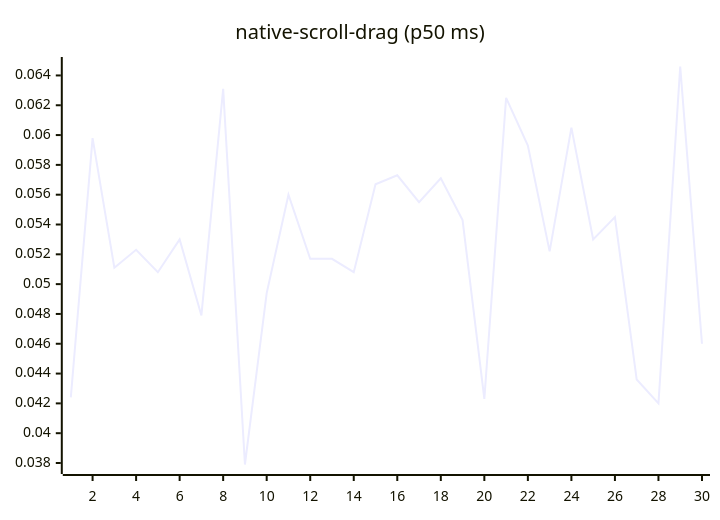
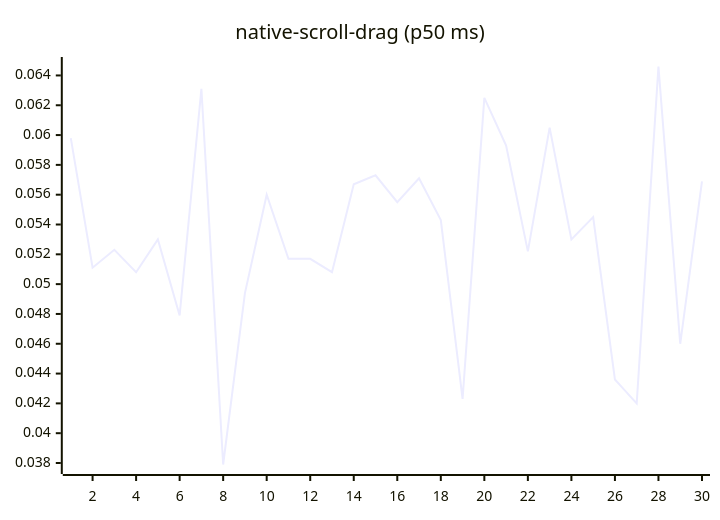
One commit to josha/Facet changed diagram 14 of 27 in README.md. Above: the diagram before and after it, drawn with Mermaid. The commit also changed other lines of this file and 2 other files, not shown here.

````diff
--- a/README.md
+++ b/README.md
@@ -154,6 +154,6 @@
 ```mermaid
 xychart-beta
     title "native-scroll-drag (p50 ms)"
     x-axis 1 --> 30
-    line [0.0424, 0.0598, 0.0511, 0.0523, 0.0508, 0.0530, 0.0479, 0.0631, 0.0379, 0.0494, 0.0560, 0.0517, 0.0517, 0.0508, 0.0567, 0.0573, 0.0555, 0.0571, 0.0543, 0.0423, 0.0625, 0.0593, 0.0522, 0.0605, 0.0530, 0.0545, 0.0436, 0.0420, 0.0646, 0.0460]
+    line [0.0598, 0.0511, 0.0523, 0.0508, 0.0530, 0.0479, 0.0631, 0.0379, 0.0494, 0.0560, 0.0517, 0.0517, 0.0508, 0.0567, 0.0573, 0.0555, 0.0571, 0.0543, 0.0423, 0.0625, 0.0593, 0.0522, 0.0605, 0.0530, 0.0545, 0.0436, 0.0420, 0.0646, 0.0460, 0.0569]
 ```
````
